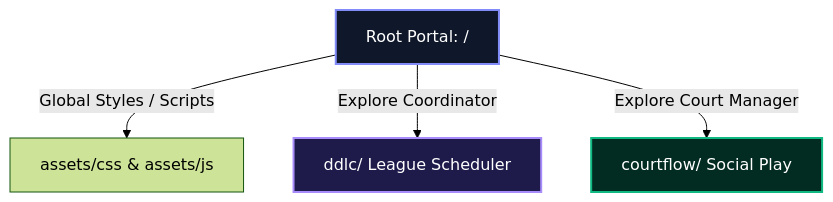
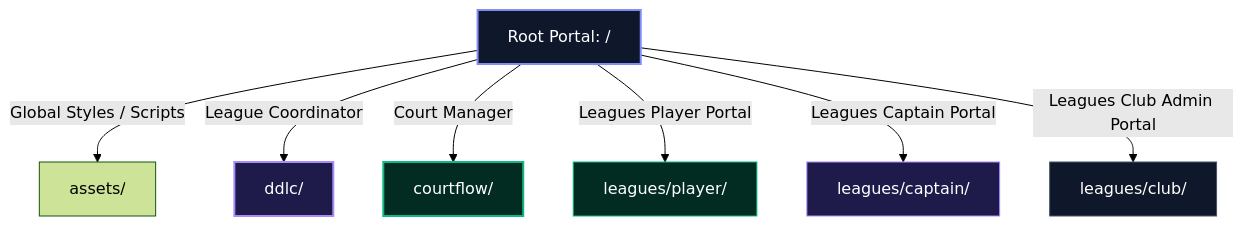
Before and after one commit to fixtureflow/fixtureflow.github.io: the diagram in docs/architecture/MASTER_ARCHITECTURE.md, drawn with Mermaid (forest theme). The commit also changed other lines of this file and 3 other files, not shown here.

First line of the commit message:
docs(architecture): Merge PWA specs into master architecture

````diff
--- a/docs/architecture/MASTER_ARCHITECTURE.md
+++ b/docs/architecture/MASTER_ARCHITECTURE.md
@@ -11,10 +11,16 @@
 ```mermaid
 graph TD
-    Root[Root Portal: /] -->|Global Styles / Scripts| Assets[assets/css & assets/js]
-    Root -->|Explore Coordinator| DDLC[ddlc/ League Scheduler]
-    Root -->|Explore Court Manager| CourtFlow[courtflow/ Social Play]
+    Root[Root Portal: /] -->|Global Styles / Scripts| Assets[assets/]
+    Root -->|League Coordinator| DDLC[ddlc/]
+    Root -->|Court Manager| CourtFlow[courtflow/]
+    Root -->|Leagues Player Portal| Player[leagues/player/]
+    Root -->|Leagues Captain Portal| Captain[leagues/captain/]
+    Root -->|Leagues Club Admin Portal| Club[leagues/club/]
     
     style Root fill:#0f172a,stroke:#818cf8,stroke-width:2px,color:#fff
     style DDLC fill:#1e1b4b,stroke:#a78bfa,stroke-width:2px,color:#fff
     style CourtFlow fill:#022c22,stroke:#10b981,stroke-width:2px,color:#fff
+    style Player fill:#022c22,stroke:#10b981,stroke-width:1px,color:#fff
+    style Captain fill:#1e1b4b,stroke:#a78bfa,stroke-width:1px,color:#fff
+    style Club fill:#0f172a,stroke:#475569,stroke-width:1px,color:#fff
 ```
````
